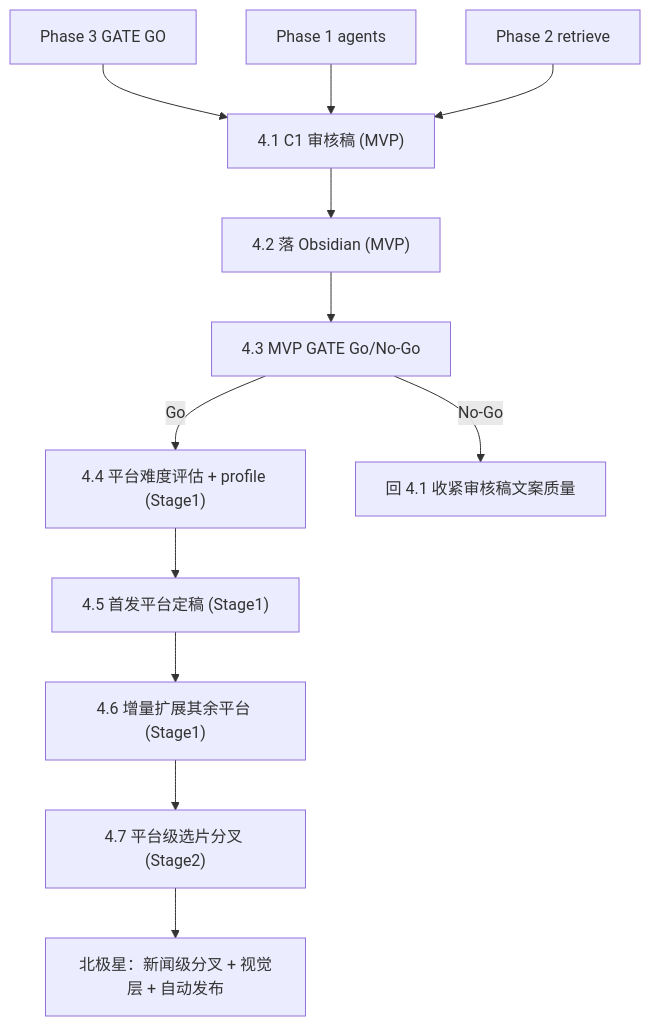
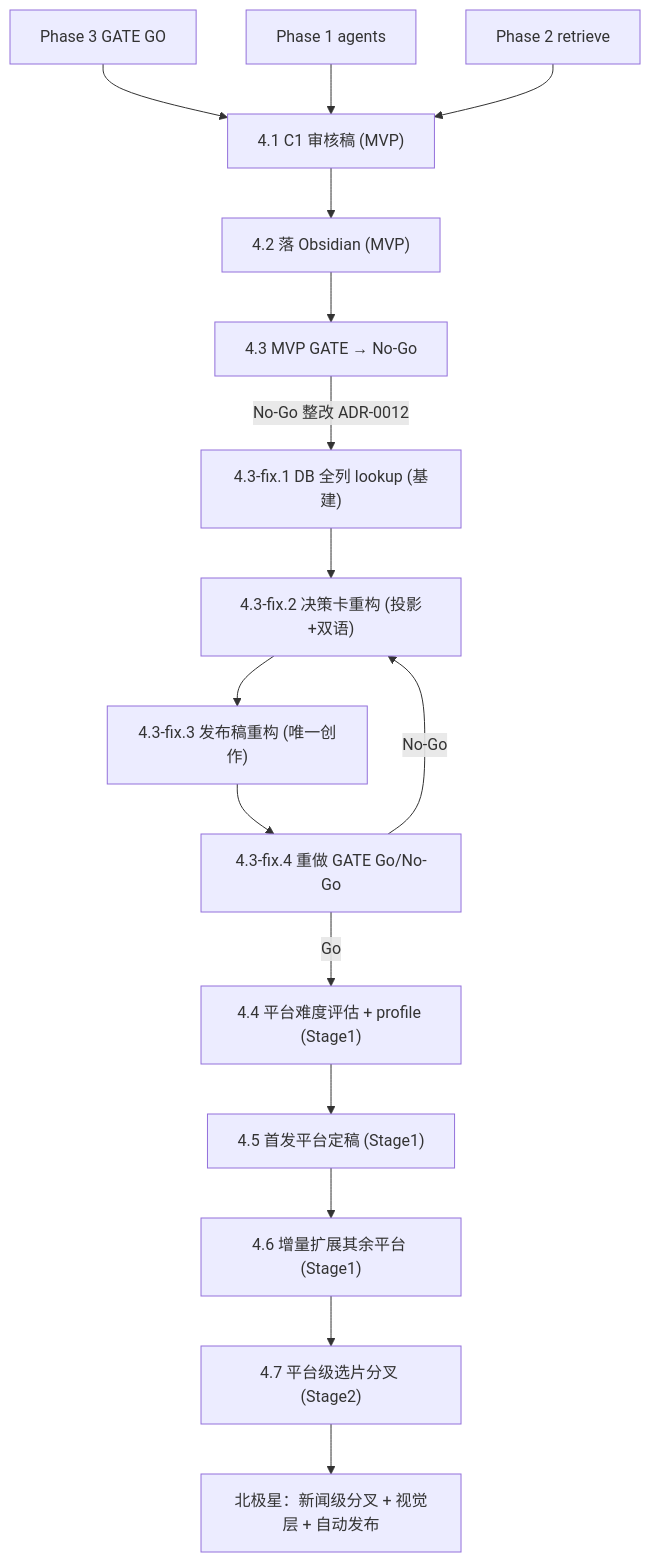
The diagram in .cursor/plans/Phase4-copywriter-c1-c2.plan.md (XYBuilds/themoviecosmos-daily-stargazing), drawn with Mermaid before and after one commit. The commit also changed other lines of this file and 1 other file, not shown here.

````diff
--- a/.cursor/plans/Phase4-copywriter-c1-c2.plan.md
+++ b/.cursor/plans/Phase4-copywriter-c1-c2.plan.md
@@ -64,23 +79,29 @@
 ```mermaid
 flowchart TD
   P3["Phase 3 GATE GO"]
   P1["Phase 1 agents"]
   P2["Phase 2 retrieve"]
   T41["4.1 C1 审核稿 (MVP)"]
   T42["4.2 落 Obsidian (MVP)"]
-  T43["4.3 MVP GATE Go/No-Go"]
+  T43["4.3 MVP GATE → No-Go"]
+  F1["4.3-fix.1 DB 全列 lookup (基建)"]
+  F2["4.3-fix.2 决策卡重构 (投影+双语)"]
+  F3["4.3-fix.3 发布稿重构 (唯一创作)"]
+  F4["4.3-fix.4 重做 GATE Go/No-Go"]
   T44["4.4 平台难度评估 + profile (Stage1)"]
   T45["4.5 首发平台定稿 (Stage1)"]
   T46["4.6 增量扩展其余平台 (Stage1)"]
   T47["4.7 平台级选片分叉 (Stage2)"]
   NS["北极星：新闻级分叉 + 视觉层 + 自动发布"]
 
   P3 --> T41
   P1 --> T41
   P2 --> T41
   T41 --> T42
   T42 --> T43
-  T43 -->|Go| T44
-  T43 -->|No-Go| Fix["回 4.1 收紧审核稿文案质量"]
+  T43 -->|No-Go 整改 ADR-0012| F1
+  F1 --> F2 --> F3 --> F4
+  F4 -->|Go| T44
+  F4 -->|No-Go| F2
   T44 --> T45 --> T46 --> T47 --> NS
 ```
````
